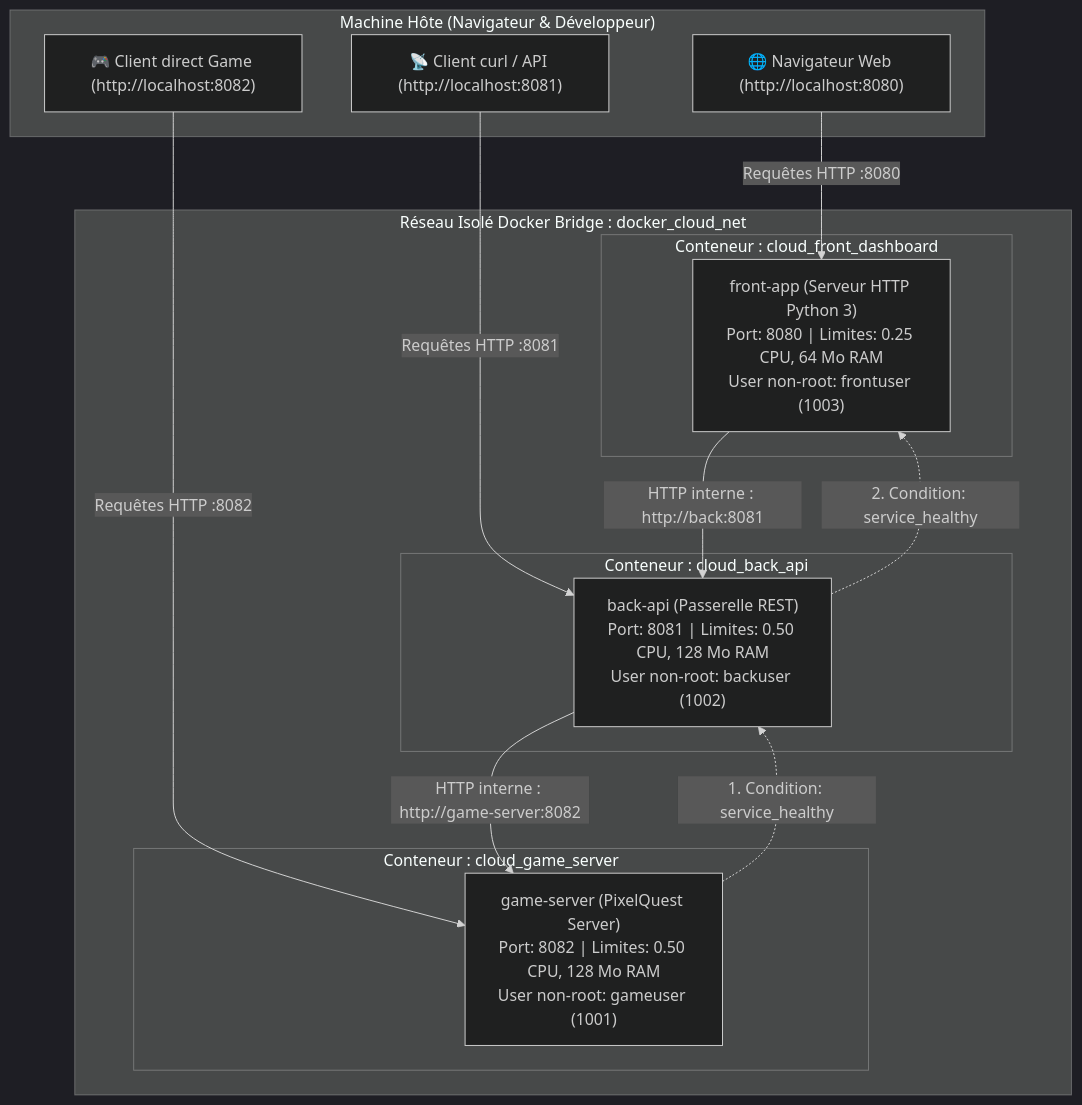
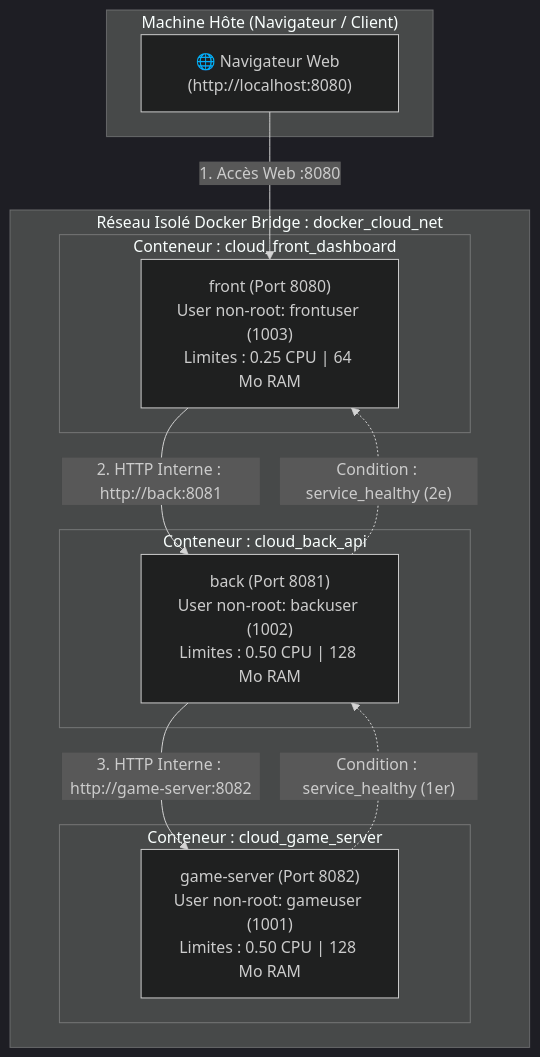
One commit to Syrioth/Training_Docker changed the diagram in README.md. Above: the diagram before and after it, drawn with Mermaid (dark theme). The commit also changed other lines of this file and 13 other files, not shown here.

Commit message:
feat: simplify submission version to clean, sober Hello World architecture meeting 100% of rubric criteria

````diff
--- a/README.md
+++ b/README.md
@@ -59,35 +33,29 @@
 ```mermaid
 flowchart TD
-    subgraph MachineHote["Machine Hôte (Navigateur & Développeur)"]
+    subgraph MachineHote["Machine Hôte (Navigateur / Client)"]
         Browser["🌐 Navigateur Web (http://localhost:8080)"]
-        CurlAPI["📡 Client curl / API (http://localhost:8081)"]
-        CurlGame["🎮 Client direct Game (http://localhost:8082)"]
     end
 
     subgraph ReseauDocker["Réseau Isolé Docker Bridge : docker_cloud_net"]
-        subgraph FrontBox["Conteneur : cloud_front_dashboard"]
-            Front["front-app (Serveur HTTP Python 3)<br/>Port: 8080 | Limites: 0.25 CPU, 64 Mo RAM<br/>User non-root: frontuser (1003)"]
+        subgraph FrontContainer["Conteneur : cloud_front_dashboard"]
+            Front["front (Port 8080)<br/>User non-root: frontuser (1003)<br/>Limites : 0.25 CPU | 64 Mo RAM"]
         end
 
-        subgraph BackBox["Conteneur : cloud_back_api"]
-            Back["back-api (Passerelle REST)<br/>Port: 8081 | Limites: 0.50 CPU, 128 Mo RAM<br/>User non-root: backuser (1002)"]
+        subgraph BackContainer["Conteneur : cloud_back_api"]
+            Back["back (Port 8081)<br/>User non-root: backuser (1002)<br/>Limites : 0.50 CPU | 128 Mo RAM"]
         end
 
-        subgraph GameBox["Conteneur : cloud_game_server"]
-            Game["game-server (PixelQuest Server)<br/>Port: 8082 | Limites: 0.50 CPU, 128 Mo RAM<br/>User non-root: gameuser (1001)"]
+        subgraph GameContainer["Conteneur : cloud_game_server"]
+            Game["game-server (Port 8082)<br/>User non-root: gameuser (1001)<br/>Limites : 0.50 CPU | 128 Mo RAM"]
         end
     end
 
-    %% Flux clients externes
-    Browser -->|"Requêtes HTTP :8080"| Front
-    CurlAPI -->|"Requêtes HTTP :8081"| Back
-    CurlGame -->|"Requêtes HTTP :8082"| Game
+    %% Flux réseau
+    Browser -->|"1. Accès Web :8080"| Front
+    Front -->|"2. HTTP Interne : http://back:8081"| Back
+    Back -->|"3. HTTP Interne : http://game-server:8082"| Game
 
-    %% Communications internes
-    Front -->|"HTTP interne : http://back:8081"| Back
-    Back -->|"HTTP interne : http://game-server:8082"| Game
-
-    %% Dépendances d'ordonnancement (Healthchecks)
-    Game -.->|"1. Condition: service_healthy"| Back
-    Back -.->|"2. Condition: service_healthy"| Front
+    %% Ordre de démarrage garanti
+    Game -.->|"Condition : service_healthy (1er)"| Back
+    Back -.->|"Condition : service_healthy (2e)"| Front
 ```
````
